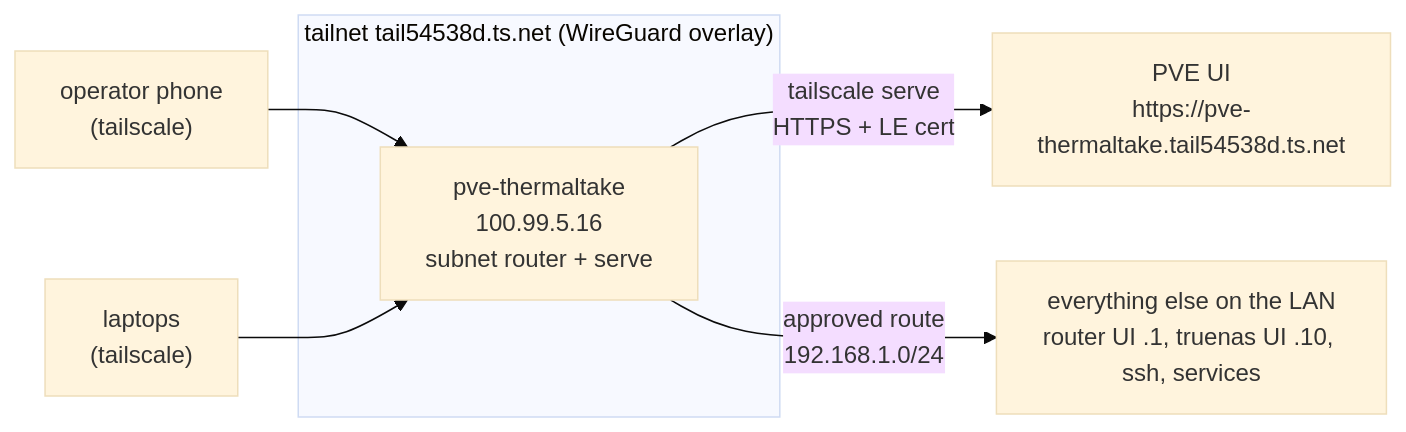
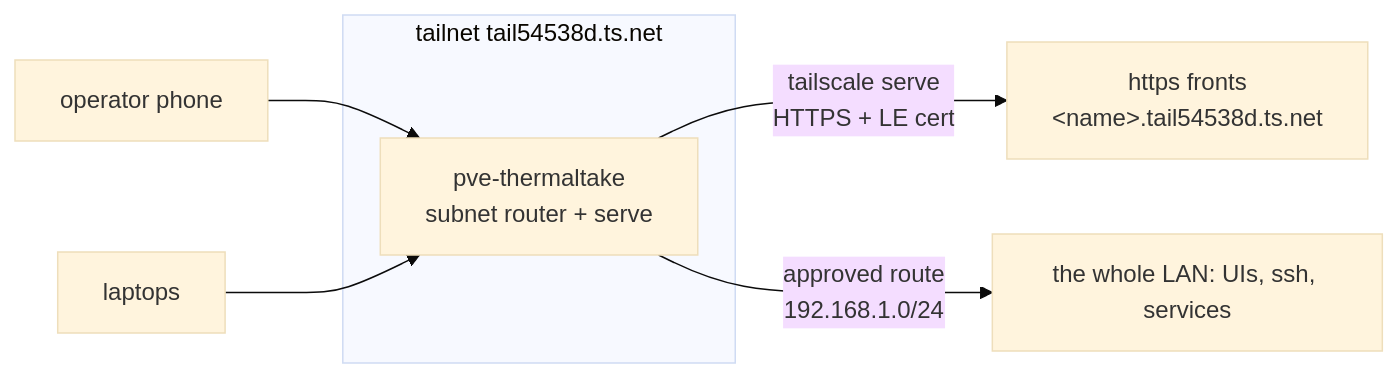
The second of 2 diagrams in docs/network.md (funkybooboo/homelab), drawn with Mermaid (base theme) before and after one commit. The commit also changed other lines of this file and 11 other files, not shown here.

````diff
--- a/docs/network.md
+++ b/docs/network.md
@@ -59,10 +38,10 @@
 ```mermaid
 flowchart LR
-    PHONE["operator phone<br/>(tailscale)"] --> SR
-    LAP["laptops<br/>(tailscale)"] --> SR
-    subgraph TAILNET["tailnet tail54538d.ts.net (WireGuard overlay)"]
-        SR["pve-thermaltake<br/>100.99.5.16<br/>subnet router + serve"]
+    PHONE["operator phone"] --> SR
+    LAP["laptops"] --> SR
+    subgraph TAILNET["tailnet tail54538d.ts.net"]
+        SR["pve-thermaltake<br/>subnet router + serve"]
     end
-    SR -- "tailscale serve<br/>HTTPS + LE cert" --> PVEUI["PVE UI<br/>https://pve-thermaltake.tail54538d.ts.net"]
-    SR -- "approved route<br/>192.168.1.0/24" --> LANUI["everything else on the LAN<br/>router UI .1, truenas UI .10, ssh, services"]
+    SR -- "tailscale serve<br/>HTTPS + LE cert" --> PVEUI["https fronts<br/>&lt;name&gt;.tail54538d.ts.net"]
+    SR -- "approved route<br/>192.168.1.0/24" --> LAN["the whole LAN: UIs, ssh, services"]
 ```
````
